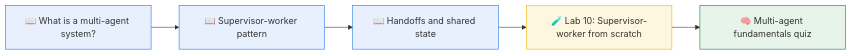
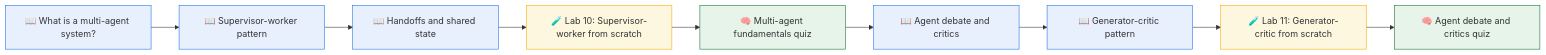
Before and after one commit to MHHamdan/Agentic-AI-Engineer: the diagram in learning-paths/03-multi-agent-systems/README.md, drawn with Mermaid. The commit also changed other lines of this file and 9 other files, not shown here.

Commit message:
feat(path-03): add agent debate and generator-critic Lab 11

````diff
--- a/learning-paths/03-multi-agent-systems/README.md
+++ b/learning-paths/03-multi-agent-systems/README.md
@@ -39,14 +43,18 @@
 ```mermaid
 flowchart LR
     A[📖 What is a multi-agent system?] --> B[📖 Supervisor-worker pattern]
     B --> C[📖 Handoffs and shared state]
     C --> L10[🧪 Lab 10: Supervisor-worker from scratch]
     L10 --> Q1[🧠 Multi-agent fundamentals quiz]
+    Q1 --> D[📖 Agent debate and critics]
+    D --> E[📖 Generator-critic pattern]
+    E --> L11[🧪 Lab 11: Generator-critic from scratch]
+    L11 --> Q2[🧠 Agent debate and critics quiz]
 
     classDef concept fill:#e8f0fe,stroke:#1a73e8
     classDef lab fill:#fef7e0,stroke:#f9ab00
     classDef quiz fill:#e6f4ea,stroke:#137333
-    class A,B,C concept
-    class L10 lab
-    class Q1 quiz
+    class A,B,C,D,E concept
+    class L10,L11 lab
+    class Q1,Q2 quiz
 ```
````
